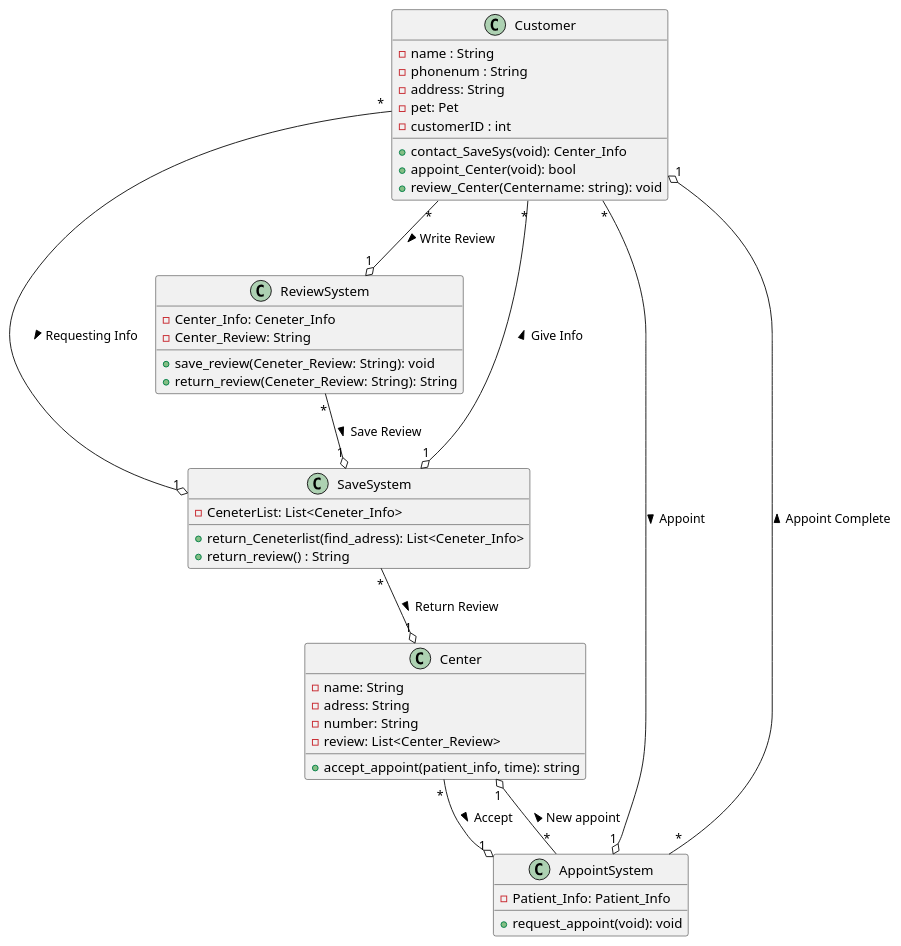
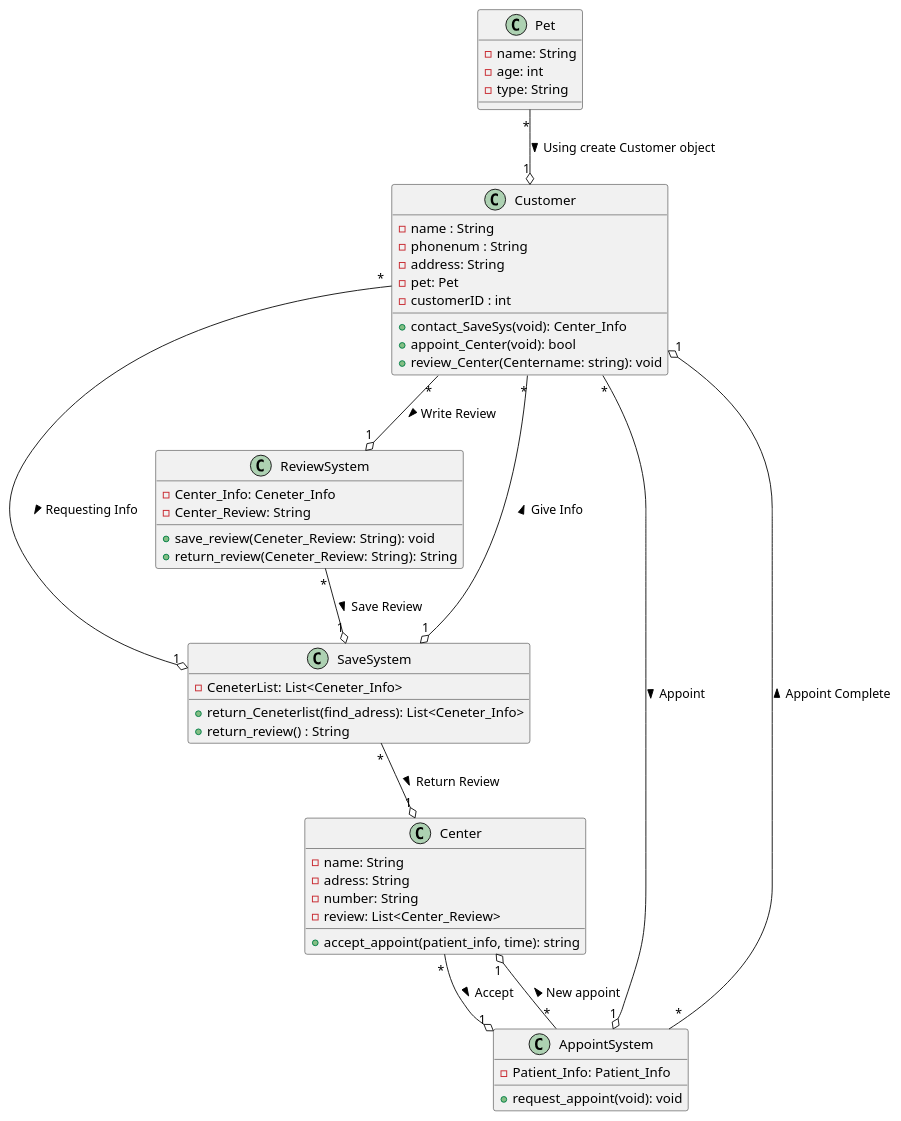
One commit to jongseokyoo/Animore changed the diagram in ProjectClass.puml. Above: the diagram before and after it, drawn with PlantUML.

```diff
--- a/ProjectClass.puml
+++ b/ProjectClass.puml
@@ -1,54 +1,59 @@
 @startuml
 class Customer{
     -name : String
     -phonenum : String
     -address: String
     -pet: Pet
     -customerID : int
 
     +contact_SaveSys(void): Center_Info
     +appoint_Center(void): bool
     +review_Center(Centername: string): void
 
 }
-
+class Pet{
+    -name: String
+    -age: int
+    -type: String
+}
 class SaveSystem{
     -CeneterList: List<Ceneter_Info>
 
     +return_Ceneterlist(find_adress): List<Ceneter_Info>
     +return_review() : String
 }
 class AppointSystem{
     -Patient_Info: Patient_Info
     
     +request_appoint(void): void
     
 }
 class ReviewSystem{
     -Center_Info: Ceneter_Info
     -Center_Review: String
 
     +save_review(Ceneter_Review: String): void
     +return_review(Ceneter_Review: String): String
 }
 class Center{
     -name: String
     -adress: String
     -number: String
     -review: List<Center_Review>
     
     +accept_appoint(patient_info, time): string
 }
 
 ' relationship
 ' many to many relationship
+Pet "*" --o "1" Customer : Using create Customer object >
 Customer "*" --o "1" SaveSystem : Requesting Info >
 Customer "*" --o "1" SaveSystem : Give Info <
 Customer "*" --o "1" AppointSystem : Appoint >
 AppointSystem "*" --o "1" Center : New appoint >
 Center "*" --o "1" AppointSystem : Accept >
 AppointSystem "*" --o "1" Customer : Appoint Complete >
 Customer "*" --o "1" ReviewSystem : Write Review >
 ReviewSystem "*" --o "1" SaveSystem : Save Review >
 SaveSystem "*" --o "1" Center : Return Review >
 @enduml
```
